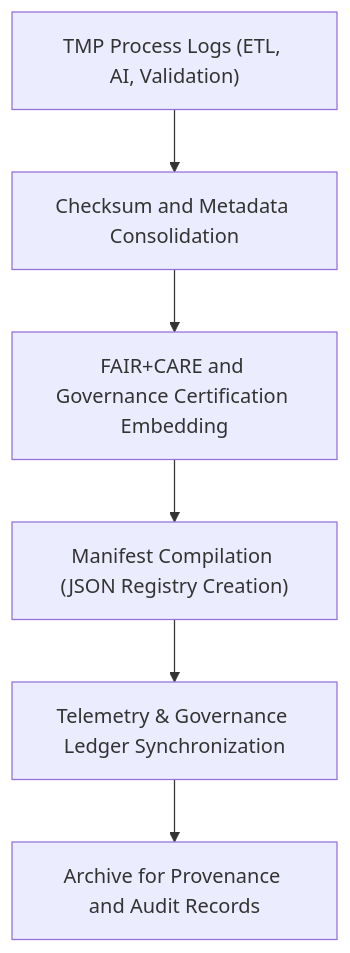
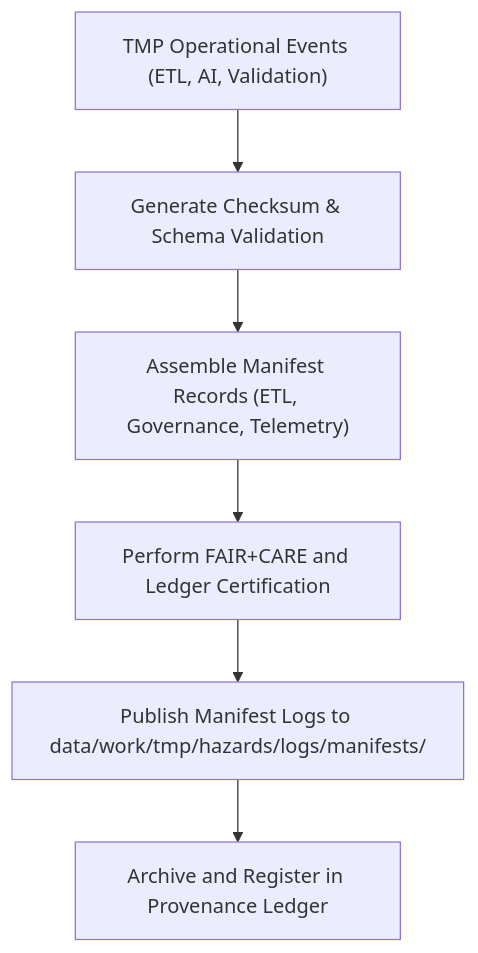
One commit to bartytime4life/Kansas-Frontier-Matrix changed the diagram in data/work/tmp/hazards/logs/manifests/README.md. Above: the diagram before and after it, drawn with Mermaid. The commit also changed other lines of this file, not shown here.

````diff
--- a/data/work/tmp/hazards/logs/manifests/README.md
+++ b/data/work/tmp/hazards/logs/manifests/README.md
@@ -68,8 +68,8 @@
 ```mermaid
 flowchart TD
-    A["TMP Process Logs (ETL, AI, Validation)"] --> B["Checksum and Metadata Consolidation"]
-    B --> C["FAIR+CARE and Governance Certification Embedding"]
-    C --> D["Manifest Compilation (JSON Registry Creation)"]
-    D --> E["Telemetry & Governance Ledger Synchronization"]
-    E --> F["Archive for Provenance and Audit Records"]
+    A["TMP Operational Events (ETL, AI, Validation)"] --> B["Generate Checksum & Schema Validation"]
+    B --> C["Assemble Manifest Records (ETL, Governance, Telemetry)"]
+    C --> D["Perform FAIR+CARE and Ledger Certification"]
+    D --> E["Publish Manifest Logs to data/work/tmp/hazards/logs/manifests/"]
+    E --> F["Archive and Register in Provenance Ledger"]
 ```
````
